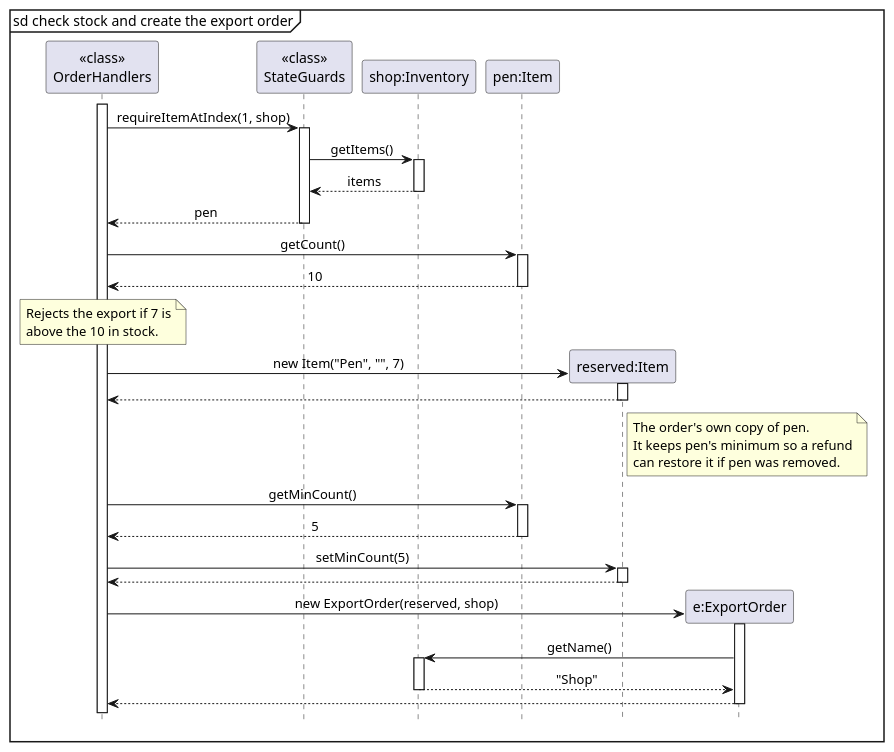
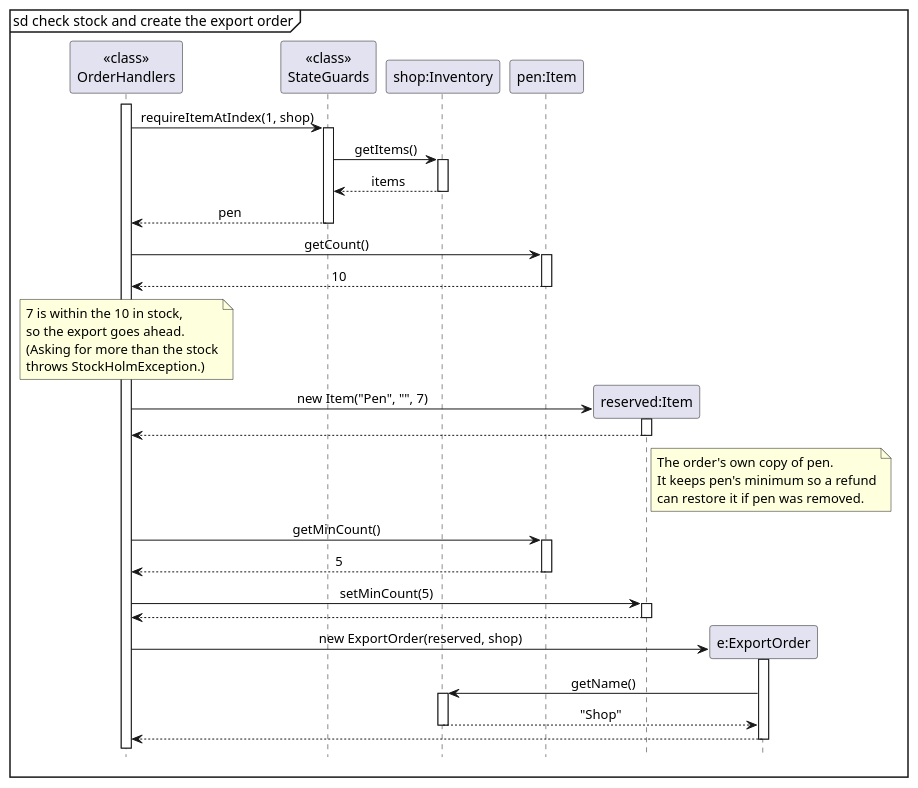
The diagram in docs/diagrams/ExportReserveSequence.puml (AY2627S1-CS2113-W14-4/tp), drawn with PlantUML before and after one commit. The commit also changed 1 other file, not shown here.

Commit message:
Clarify stock check and minimum copy in export diagram

```diff
--- a/docs/diagrams/ExportReserveSequence.puml
+++ b/docs/diagrams/ExportReserveSequence.puml
@@ -1,58 +1,60 @@
 @startuml
 hide footbox
 skinparam sequenceMessageAlign center
 mainframe sd check stock and create the export order
 
 participant "<<class>>\nOrderHandlers" as Handlers
 participant "<<class>>\nStateGuards" as Guards
 participant "shop:Inventory" as Inventory
 participant "pen:Item" as Item
 
 activate Handlers
 Handlers -> Guards : requireItemAtIndex(1, shop)
 activate Guards
 Guards -> Inventory : getItems()
 activate Inventory
 Inventory --> Guards : items
 deactivate Inventory
 Guards --> Handlers : pen
 deactivate Guards
 
 Handlers -> Item : getCount()
 activate Item
 Item --> Handlers : 10
 deactivate Item
 note over Handlers
-    Rejects the export if 7 is
-    above the 10 in stock.
+    7 is within the 10 in stock,
+    so the export goes ahead.
+    (Asking for more than the stock
+    throws StockHolmException.)
 end note
 
 create participant "reserved:Item" as Reserved
 Handlers -> Reserved : new Item("Pen", "", 7)
 activate Reserved
 Reserved --> Handlers
 deactivate Reserved
 note right of Reserved
     The order's own copy of pen.
     It keeps pen's minimum so a refund
     can restore it if pen was removed.
 end note
 Handlers -> Item : getMinCount()
 activate Item
 Item --> Handlers : 5
 deactivate Item
 Handlers -> Reserved : setMinCount(5)
 activate Reserved
 Reserved --> Handlers
 deactivate Reserved
 
 create participant "e:ExportOrder" as Order
 Handlers -> Order : new ExportOrder(reserved, shop)
 activate Order
 Order -> Inventory : getName()
 activate Inventory
 Inventory --> Order : "Shop"
 deactivate Inventory
 Order --> Handlers
 deactivate Order
 @enduml
```
